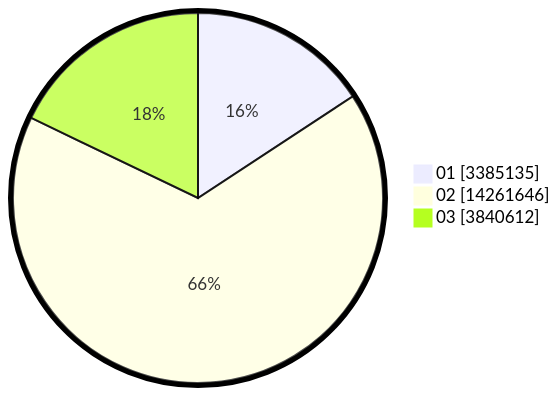
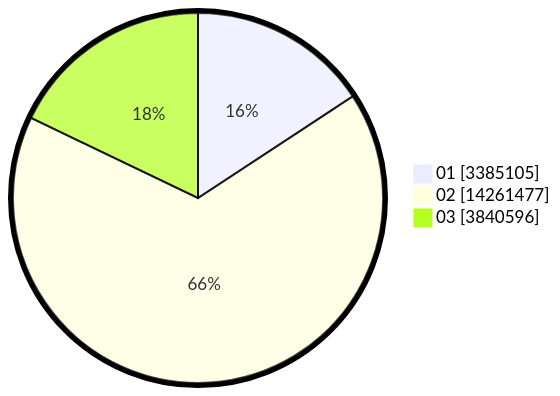
The second of 2 diagrams in pilpres/hitung-suara/sub/table-wilayah-35.md (gigit-pemilu/pemilu-2024), drawn with Mermaid before and after one commit. The commit also changed other lines of this file and 11 other files, not shown here.

````diff
--- a/pilpres/hitung-suara/sub/table-wilayah-35.md
+++ b/pilpres/hitung-suara/sub/table-wilayah-35.md
@@ -15,7 +15,7 @@
 ```mermaid
 %%{init: {"pie": {"textPosition": 0.5}, "themeVariables": {"pieOuterStrokeWidth": "5px"}} }%%
 pie showData
-    "01" : 3385135
-    "02" : 14261646
-    "03" : 3840612
+    "01" : 3385105
+    "02" : 14261477
+    "03" : 3840596
 ```
````
